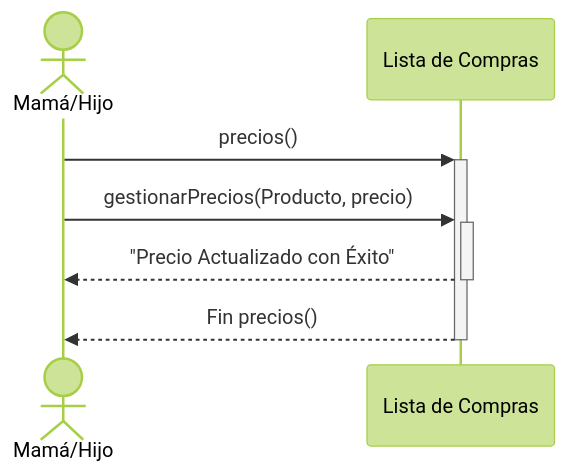
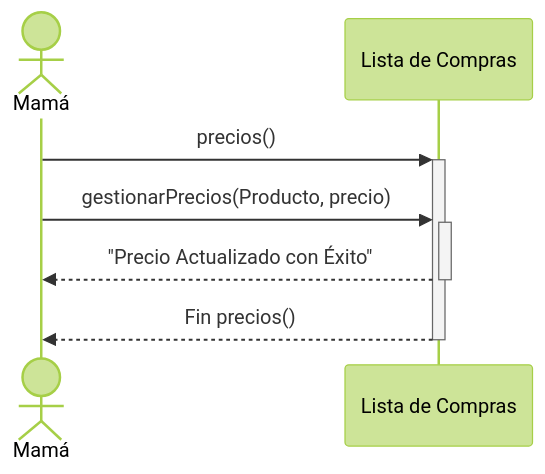
Before and after one commit to LocoUnPocoNadaMas/Lista-Compras: the tenth of 11 diagrams in README.md, drawn with Mermaid (forest theme). The commit also changed other lines of this file, not shown here.

````diff
--- a/README.md
+++ b/README.md
@@ -674,8 +677,8 @@
 ```mermaid
 sequenceDiagram
-    Actor A as Mamá/Hijo
+    Actor A as Mamá
     A->>+Lista de Compras: precios()
     A->>+Lista de Compras: gestionarPrecios(Producto, precio)
     Lista de Compras-->>-A: "Precio Actualizado con Éxito"
     Lista de Compras-->>-A: Fin precios()
 ```
````
